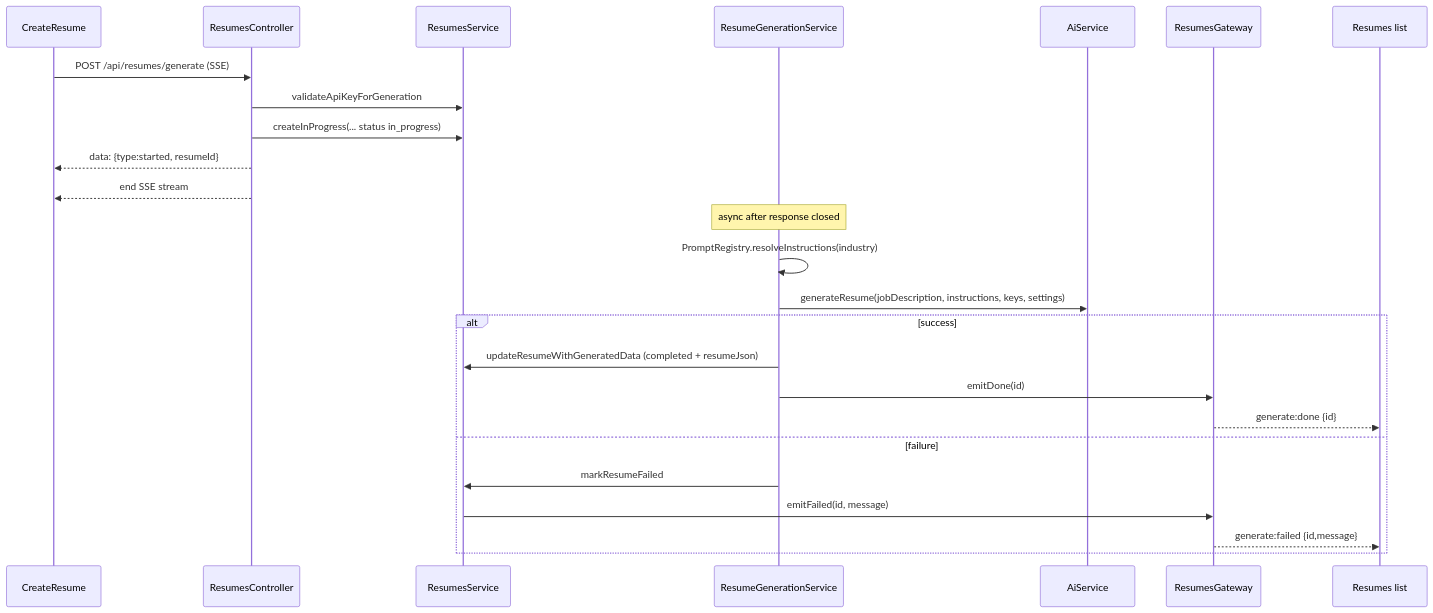
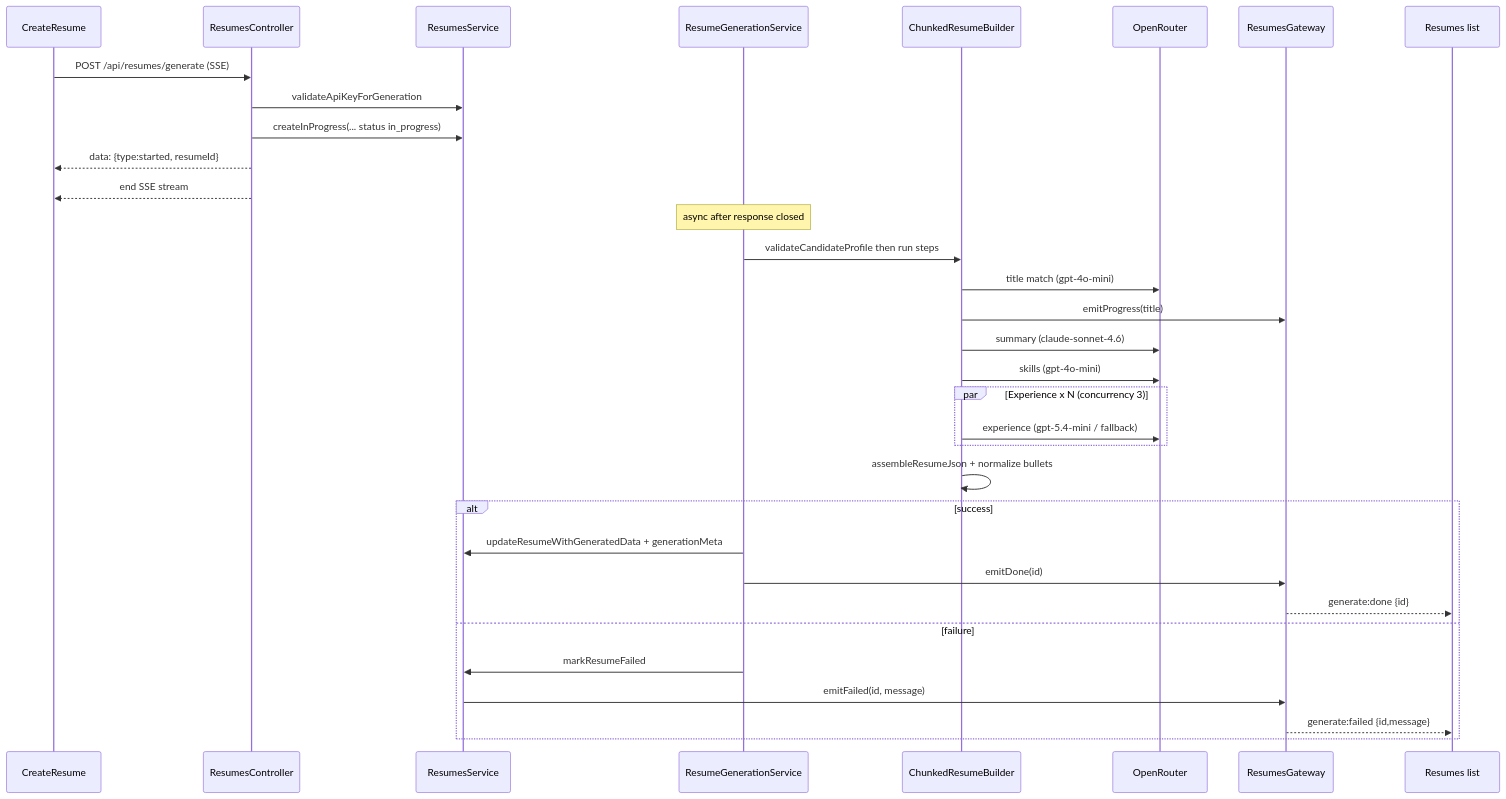
One commit to thcrafts/resume-builder-monorepo changed the first of 3 diagrams in docs/resumes/workflow.md. Above: the diagram before and after it, drawn with Mermaid. The commit also changed other lines of this file and 93 other files, not shown here.

````diff
--- a/docs/resumes/workflow.md
+++ b/docs/resumes/workflow.md
@@ -24,28 +49,71 @@
 ```mermaid
+
 sequenceDiagram
+
   participant UI as CreateResume
+
   participant API as ResumesController
+
   participant Svc as ResumesService
+
   participant Gen as ResumeGenerationService
-  participant AI as AiService
+
+  participant Orch as ChunkedResumeBuilder
+
+  participant OR as OpenRouter
+
   participant GW as ResumesGateway
+
   participant List as Resumes list
 
+
+
   UI->>API: POST /api/resumes/generate (SSE)
+
   API->>Svc: validateApiKeyForGeneration
+
   API->>Svc: createInProgress(... status in_progress)
+
   API-->>UI: data: {type:started, resumeId}
+
   API-->>UI: end SSE stream
+
   Note over Gen: async after response closed
-  Gen->>Gen: PromptRegistry.resolveInstructions(industry)
-  Gen->>AI: generateResume(jobDescription, instructions, keys, settings)
+
+  Gen->>Orch: validateCandidateProfile then run steps
+
+  Orch->>OR: title match (gpt-4o-mini)
+
+  Orch->>GW: emitProgress(title)
+
+  Orch->>OR: summary (claude-sonnet-4.6)
+
+  Orch->>OR: skills (gpt-4o-mini)
+
+  par Experience x N (concurrency 3)
+
+    Orch->>OR: experience (gpt-5.4-mini / fallback)
+
+  end
+
+  Orch->>Orch: assembleResumeJson + normalize bullets
+
   alt success
-    Gen->>Svc: updateResumeWithGeneratedData (completed + resumeJson)
+
+    Gen->>Svc: updateResumeWithGeneratedData + generationMeta
+
     Gen->>GW: emitDone(id)
+
     GW-->>List: generate:done {id}
+
   else failure
+
     Gen->>Svc: markResumeFailed
+
     Svc->>GW: emitFailed(id, message)
+
     GW-->>List: generate:failed {id,message}
+
   end
+
 ```
````
